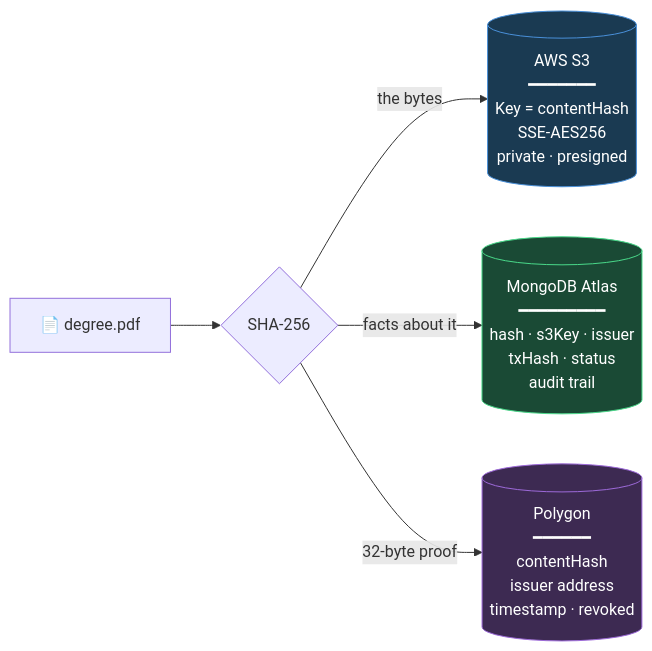
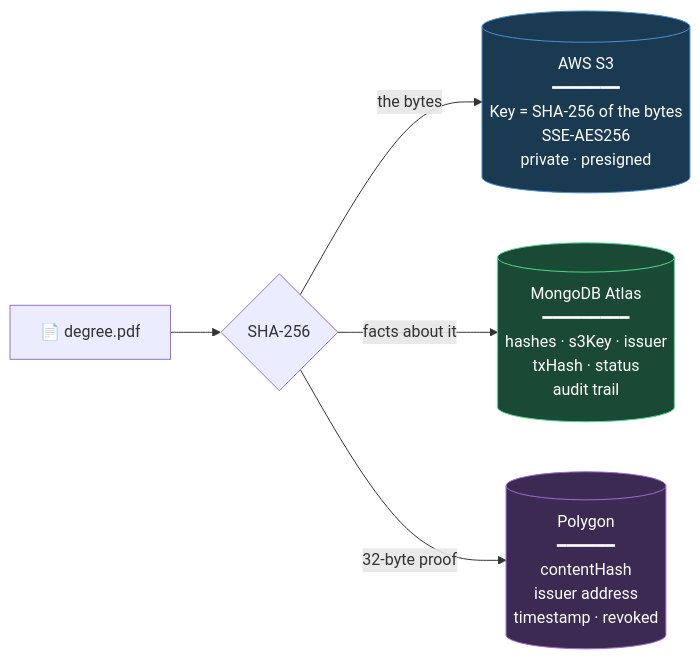
Before and after one commit to jpsiddharth2008/MindForge-Tatva-Finals: the second of 4 diagrams in README.md, drawn with Mermaid. The commit also changed other lines of this file and 5 other files, not shown here.

````diff
--- a/README.md
+++ b/README.md
@@ -195,15 +203,15 @@
 ```mermaid
 flowchart LR
     DOC["📄 degree.pdf"] --> H{"SHA-256"}
 
-    H -->|"the bytes"| S3[("AWS S3<br/>━━━━━━━<br/>Key = contentHash<br/>SSE-AES256<br/>private · presigned")]
-    H -->|"facts about it"| DB[("MongoDB Atlas<br/>━━━━━━━━━<br/>hash · s3Key · issuer<br/>txHash · status<br/>audit trail")]
+    H -->|"the bytes"| S3[("AWS S3<br/>━━━━━━━<br/>Key = SHA-256 of the bytes<br/>SSE-AES256<br/>private · presigned")]
+    H -->|"facts about it"| DB[("MongoDB Atlas<br/>━━━━━━━━━<br/>hashes · s3Key · issuer<br/>txHash · status<br/>audit trail")]
     H -->|"32-byte proof"| BC[("Polygon<br/>━━━━━━<br/>contentHash<br/>issuer address<br/>timestamp · revoked")]
 
     classDef a fill:#1a3a52,stroke:#4a90d9,color:#fff
     classDef b fill:#1a4a35,stroke:#4ad98a,color:#fff
     classDef c fill:#3d2a52,stroke:#9d6ad9,color:#fff
     class S3 a
     class DB b
     class BC c
 ```
````
